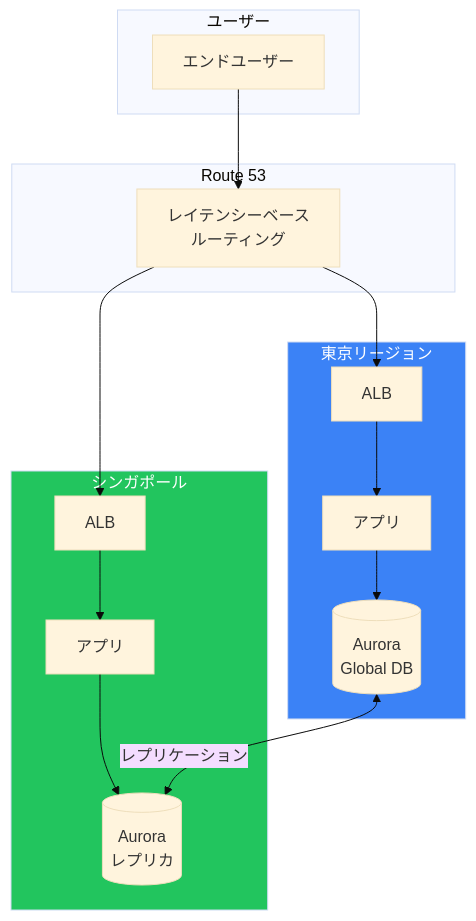
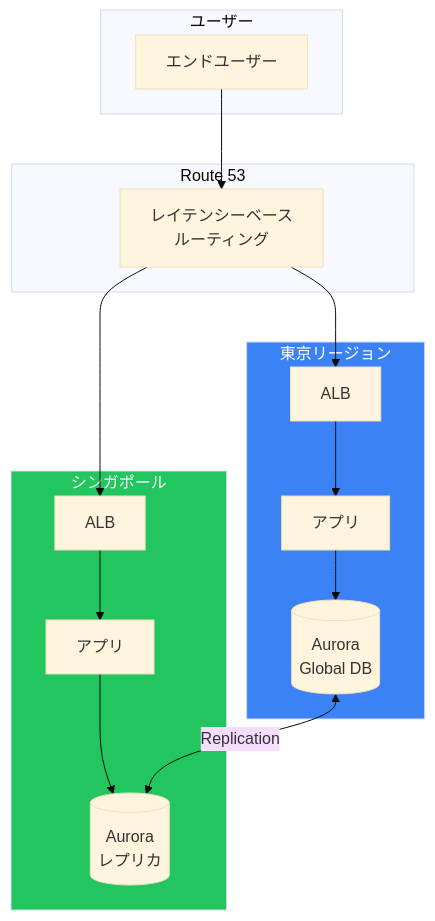
One commit to shunkus/shunku.net changed the seventh of 10 diagrams in content/blog/ja/aws-disaster-recovery.md. Above: the diagram before and after it, drawn with Mermaid (base theme). The commit also changed other lines of this file and 56 other files, not shown here.

````diff
--- a/content/blog/ja/aws-disaster-recovery.md
+++ b/content/blog/ja/aws-disaster-recovery.md
@@ -284,34 +284,34 @@
 ```mermaid
 flowchart TB
     subgraph Users["ユーザー"]
         User["エンドユーザー"]
     end
 
     subgraph DNS["Route 53"]
         R53["レイテンシーベース<br/>ルーティング"]
     end
 
     subgraph Region1["東京リージョン"]
         ALB1["ALB"]
         App1["アプリ"]
         DB1[("Aurora<br/>Global DB")]
     end
 
     subgraph Region2["シンガポール"]
         ALB2["ALB"]
         App2["アプリ"]
         DB2[("Aurora<br/>レプリカ")]
     end
 
     User --> R53
     R53 --> ALB1
     R53 --> ALB2
     ALB1 --> App1
     ALB2 --> App2
     App1 --> DB1
     App2 --> DB2
-    DB1 <--> |"レプリケーション"| DB2
+    DB1 <--> |"Replication"| DB2
 
     style Region1 fill:#3b82f6,color:#fff
     style Region2 fill:#22c55e,color:#fff
 ```
````
